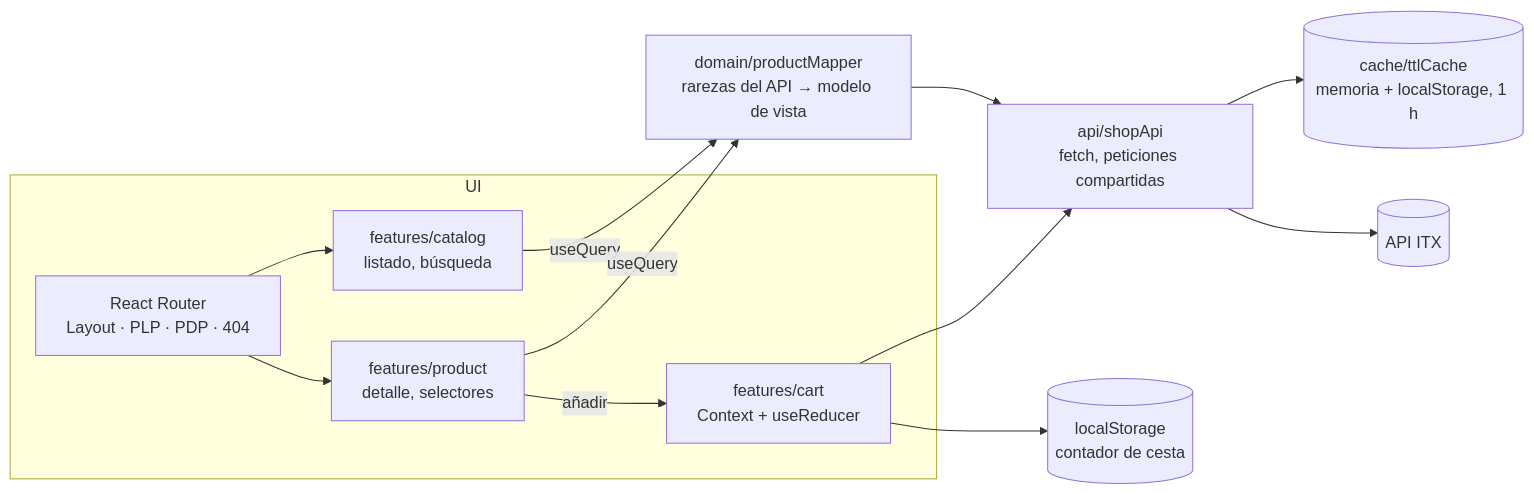
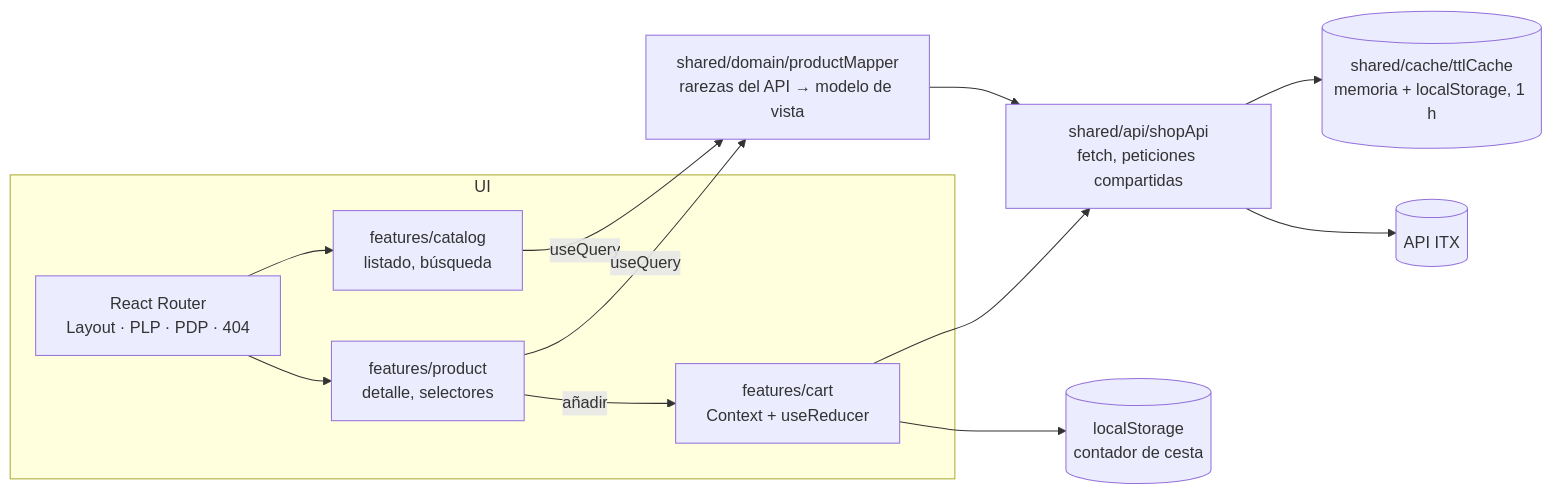
Before and after one commit to kintstoner/mobile-shop-spa: the diagram in README.es.md, drawn with Mermaid. The commit also changed other lines of this file and 125 other files, not shown here.

````diff
--- a/README.es.md
+++ b/README.es.md
@@ -58,17 +58,17 @@
 ```mermaid
 flowchart LR
     subgraph UI
         router[React Router<br/>Layout · PLP · PDP · 404]
         catalog[features/catalog<br/>listado, búsqueda]
         product[features/product<br/>detalle, selectores]
         cart[features/cart<br/>Context + useReducer]
     end
     router --> catalog & product
     product -->|añadir| cart
-    catalog & product -->|useQuery| mapper[domain/productMapper<br/>rarezas del API → modelo de vista]
-    mapper --> api[api/shopApi<br/>fetch, peticiones compartidas]
+    catalog & product -->|useQuery| mapper[shared/domain/productMapper<br/>rarezas del API → modelo de vista]
+    mapper --> api[shared/api/shopApi<br/>fetch, peticiones compartidas]
     cart --> api
-    api --> cache[(cache/ttlCache<br/>memoria + localStorage, 1 h)]
+    api --> cache[(shared/cache/ttlCache<br/>memoria + localStorage, 1 h)]
     api --> remote[(API ITX)]
     cart --> storage[(localStorage<br/>contador de cesta)]
 ```
````
